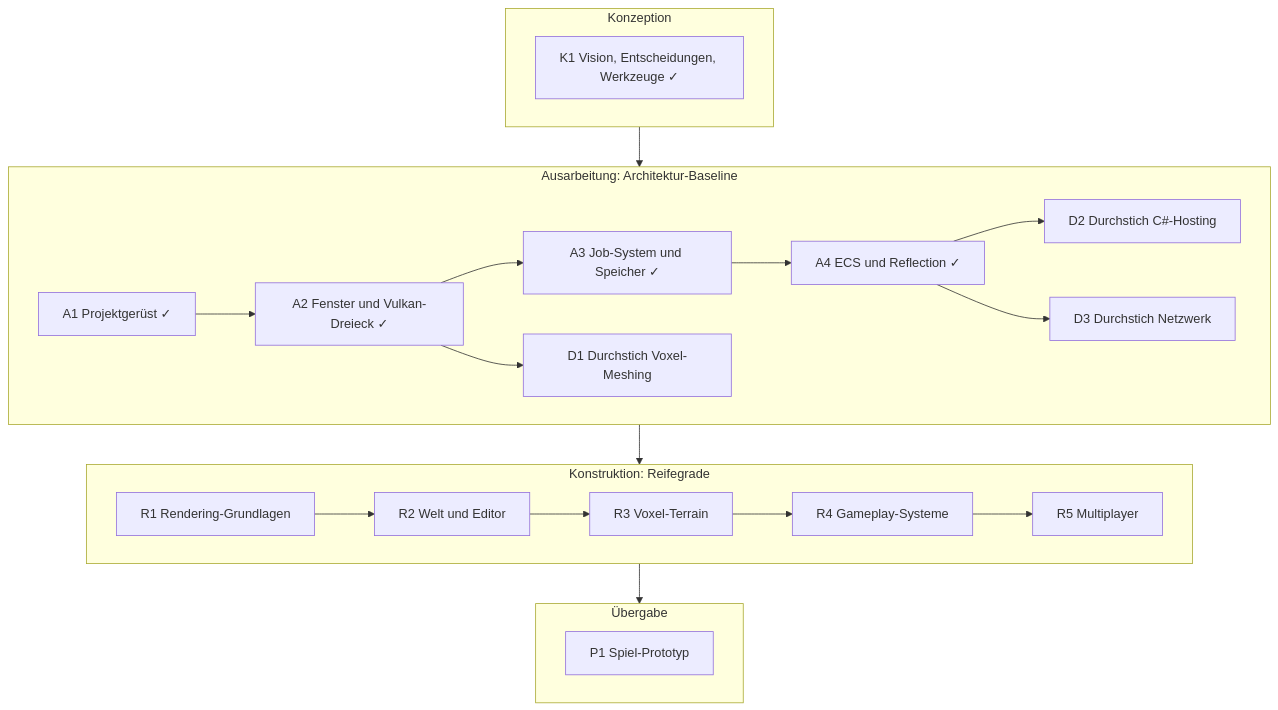
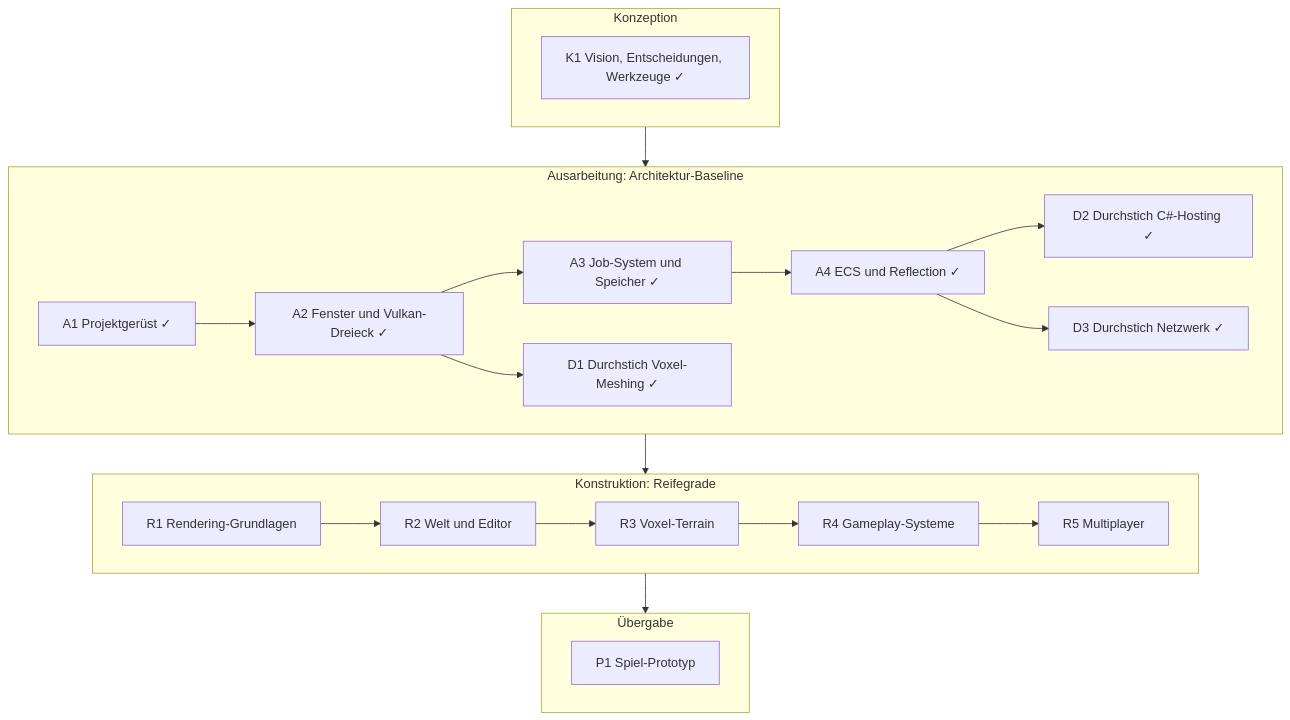
The diagram in docs/roadmap.md (viiez/ngine), drawn with Mermaid before and after one commit. The commit also changed other lines of this file and 16 other files, not shown here.

````diff
--- a/docs/roadmap.md
+++ b/docs/roadmap.md
@@ -13,24 +13,24 @@
 ```mermaid
 flowchart TB
     subgraph K["Konzeption"]
         K1["K1 Vision, Entscheidungen, Werkzeuge ✓"]
     end
     subgraph A["Ausarbeitung: Architektur-Baseline"]
         A1["A1 Projektgerüst ✓"] --> A2["A2 Fenster und Vulkan-Dreieck ✓"]
         A2 --> A3["A3 Job-System und Speicher ✓"]
         A3 --> A4["A4 ECS und Reflection ✓"]
-        A2 --> D1["D1 Durchstich Voxel-Meshing"]
-        A4 --> D2["D2 Durchstich C#-Hosting"]
-        A4 --> D3["D3 Durchstich Netzwerk"]
+        A2 --> D1["D1 Durchstich Voxel-Meshing ✓"]
+        A4 --> D2["D2 Durchstich C#-Hosting ✓"]
+        A4 --> D3["D3 Durchstich Netzwerk ✓"]
     end
     subgraph B["Konstruktion: Reifegrade"]
         R1["R1 Rendering-Grundlagen"] --> R2["R2 Welt und Editor"]
         R2 --> R3["R3 Voxel-Terrain"]
         R3 --> R4["R4 Gameplay-Systeme"]
         R4 --> R5["R5 Multiplayer"]
     end
     subgraph U["Übergabe"]
         P1["P1 Spiel-Prototyp"]
     end
     K --> A --> B --> U
 ```
````
